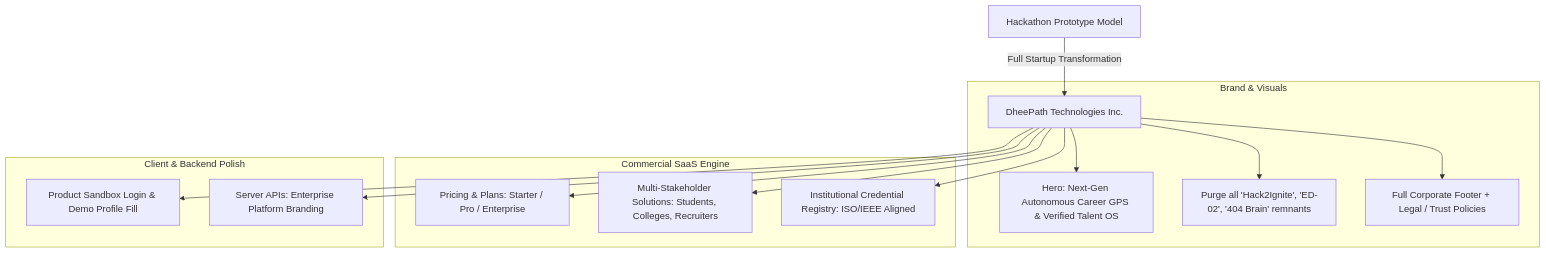
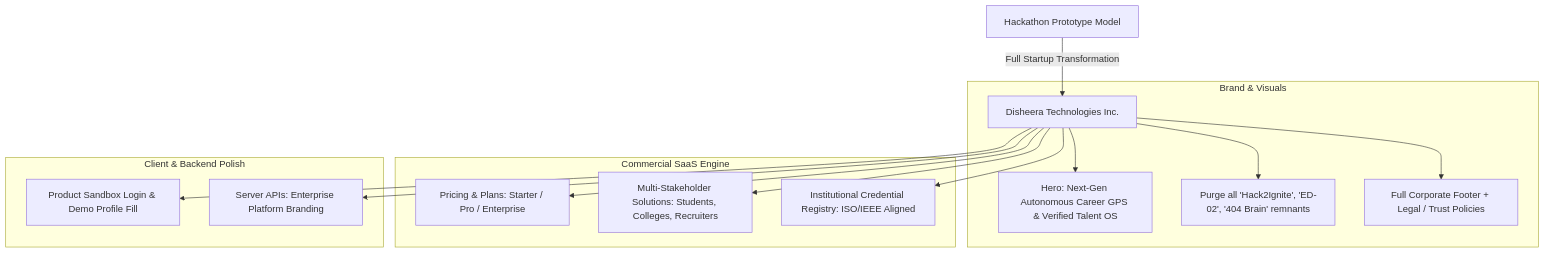
The diagram in plans/startup_transformation_roadmap_plan.md (parthpatil1234p-svg/careerpath-ai), drawn with Mermaid before and after one commit. The commit also changed other lines of this file and 249 other files, not shown here.

Commit message:
feat(rebrand): update branding from DheePath to Disheera across UI, server, and docs

````diff
--- a/plans/startup_transformation_roadmap_plan.md
+++ b/plans/startup_transformation_roadmap_plan.md
@@ -42,21 +42,21 @@
 ```mermaid
 flowchart TD
-    A["Hackathon Prototype Model"] -->|Full Startup Transformation| B["DheePath Technologies Inc."]
+    A["Hackathon Prototype Model"] -->|Full Startup Transformation| B["Disheera Technologies Inc."]
     
     subgraph Brand & Visuals
         B --> C["Hero: Next-Gen Autonomous Career GPS & Verified Talent OS"]
         B --> D["Purge all 'Hack2Ignite', 'ED-02', '404 Brain' remnants"]
         B --> E["Full Corporate Footer + Legal / Trust Policies"]
     end
     
     subgraph Commercial SaaS Engine
         B --> F["Pricing & Plans: Starter / Pro / Enterprise"]
         B --> G["Multi-Stakeholder Solutions: Students, Colleges, Recruiters"]
         B --> H["Institutional Credential Registry: ISO/IEEE Aligned"]
     end
     
     subgraph Client & Backend Polish
         B --> I["Product Sandbox Login & Demo Profile Fill"]
         B --> J["Server APIs: Enterprise Platform Branding"]
     end
 ```
````
